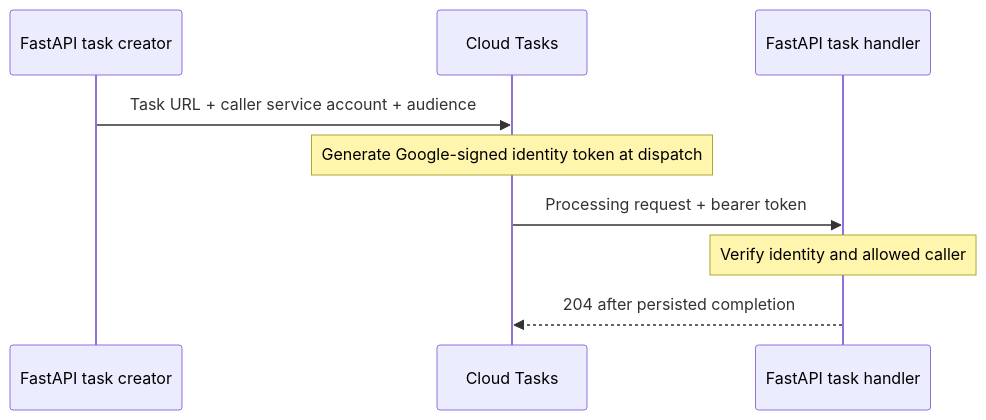
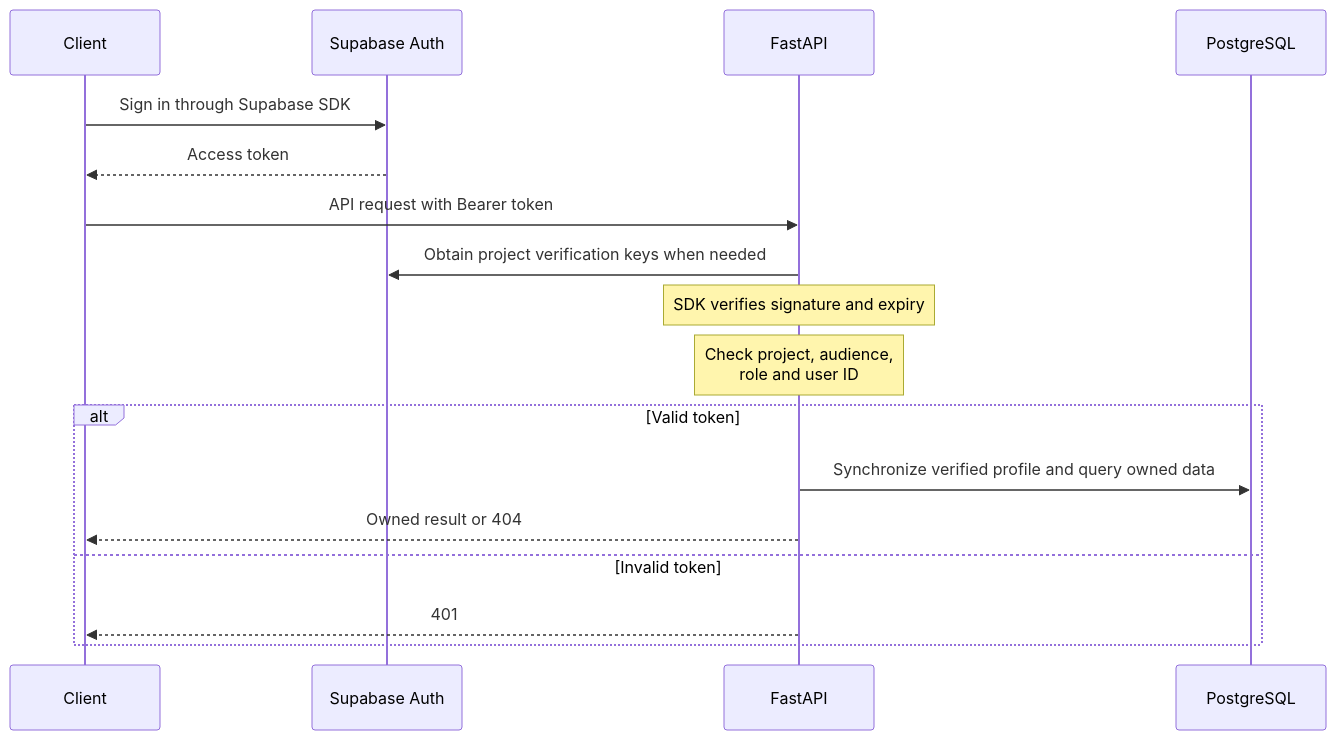
The second of 2 diagrams in docs/trx-system-design/03-security-and-identity.md (gabrr/agent-trx-classifier), drawn with Mermaid before and after one commit. The commit also changed other lines of this file and 47 other files, not shown here.

````diff
--- a/docs/trx-system-design/03-security-and-identity.md
+++ b/docs/trx-system-design/03-security-and-identity.md
@@ -36,11 +22,19 @@
 ```mermaid
 sequenceDiagram
-    participant F as FastAPI task creator
-    participant Q as Cloud Tasks
-    participant H as FastAPI task handler
-    F->>Q: Task URL + caller service account + audience
-    Note over Q: Generate Google-signed identity token at dispatch
-    Q->>H: Processing request + bearer token
-    Note over H: Verify identity and allowed caller
-    H-->>Q: 204 after persisted completion
+    participant B as Client
+    participant A as Supabase Auth
+    participant F as FastAPI
+    participant D as PostgreSQL
+    B->>A: Sign in through Supabase SDK
+    A-->>B: Access token
+    B->>F: API request with Bearer token
+    F->>A: Obtain project verification keys when needed
+    Note over F: SDK verifies signature and expiry
+    Note over F: Check project, audience,<br/>role and user ID
+    alt Valid token
+        F->>D: Synchronize verified profile and query owned data
+        F-->>B: Owned result or 404
+    else Invalid token
+        F-->>B: 401
+    end
 ```
````
